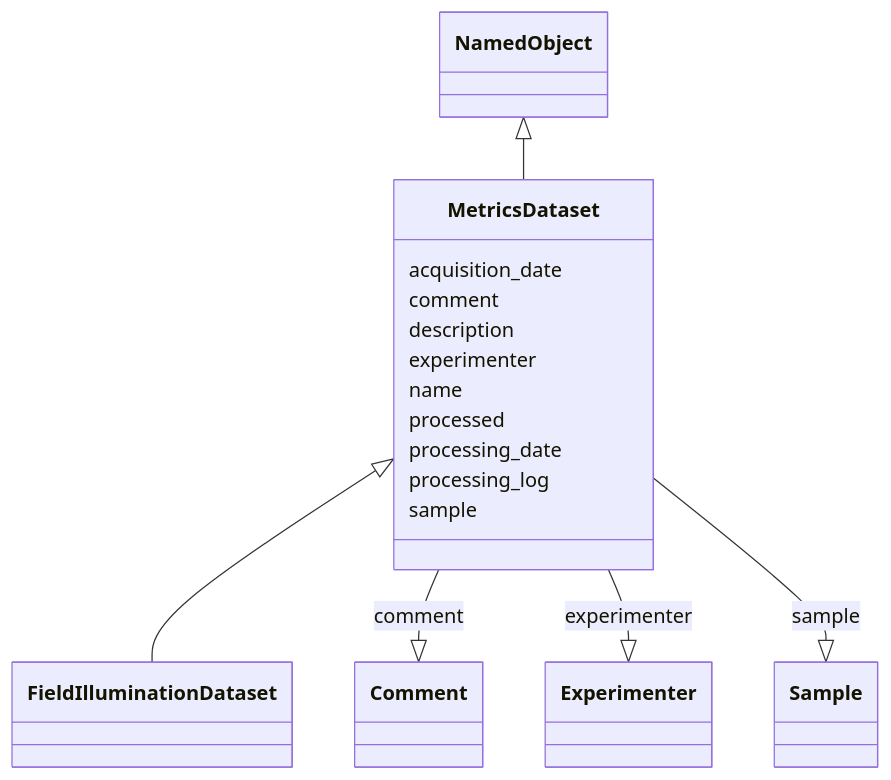
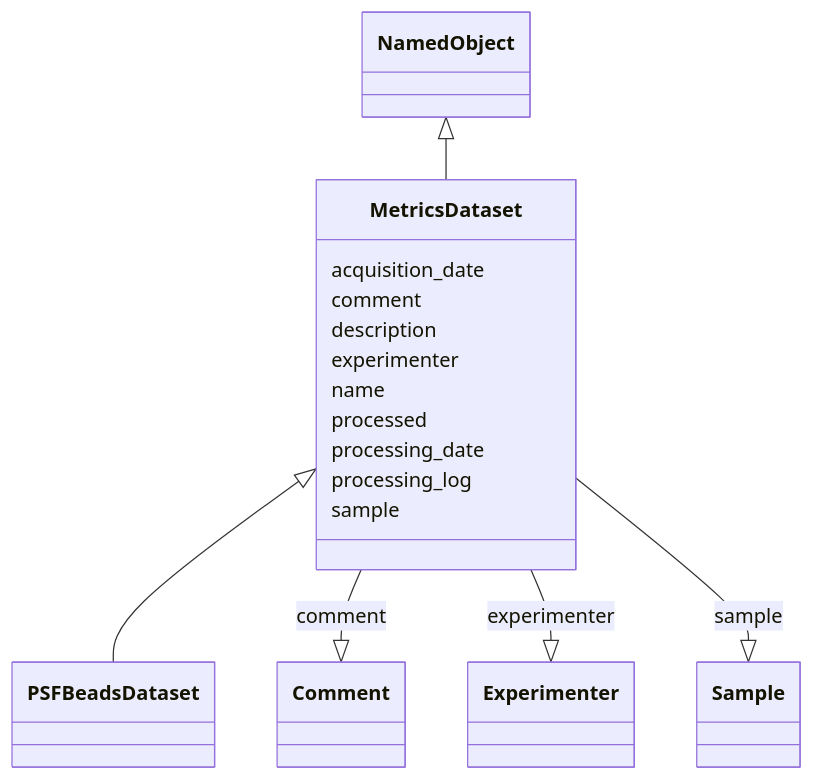
Before and after one commit to juliomateoslangerak/microscope-metrics: the diagram in docs/schema/samples/MetricsDataset.md, drawn with Mermaid. The commit also changed other lines of this file and 108 other files, not shown here.

Commit message:
First version of the psf_beads_schema.yaml

````diff
--- a/docs/schema/samples/MetricsDataset.md
+++ b/docs/schema/samples/MetricsDataset.md
@@ -15,35 +15,35 @@
 ```mermaid
  classDiagram
     class MetricsDataset
       NamedObject <|-- MetricsDataset
       
 
-      MetricsDataset <|-- FieldIlluminationDataset
+      MetricsDataset <|-- PSFBeadsDataset
       
       
       MetricsDataset : acquisition_date
         
       MetricsDataset : comment
         
           MetricsDataset --|> Comment : comment
         
       MetricsDataset : description
         
       MetricsDataset : experimenter
         
           MetricsDataset --|> Experimenter : experimenter
         
       MetricsDataset : name
         
       MetricsDataset : processed
         
       MetricsDataset : processing_date
         
       MetricsDataset : processing_log
         
       MetricsDataset : sample
         
           MetricsDataset --|> Sample : sample
         
       
 ```
````
